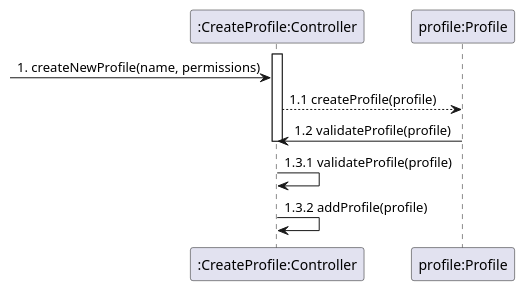
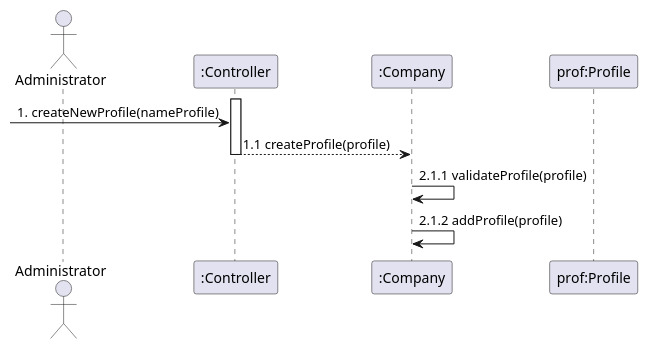
One commit to Loracline/project_switch_22-23 changed the diagram in docs/modelling_design/user_stories/us001/US001_Sequence_Diagram.puml. Above: the diagram before and after it, drawn with PlantUML.

Commit message:
US001: Design: Refinement of system sequence diagram for US001.

```diff
--- a/docs/modelling_design/user_stories/us001/US001_Sequence_Diagram.puml
+++ b/docs/modelling_design/user_stories/us001/US001_Sequence_Diagram.puml
@@ -1,55 +1,55 @@
 @startuml
 /'
 actor Administrator
 participant ":CreateProfileUI" as cpu
 participant ":CreateProfileController" as cpc
 participant ":System" as System
 participant "profile:Profile" as Profile
 
 activate Administrator
 Administrator -> cpu: 1. starts the definition of a new profile
 activate cpu
 cpu --> Administrator: 1.1 requests data(name, permissions)
 deactivate cpu
 Administrator -> cpu: 2. types requested data
 activate cpu
 cpu -> cpc: 2.1 createNewProfile(name, permissions)
 activate cpc
 cpc -> System: 2.1.1 profile=createNewProfile(name, permissions)
 activate System
 System --> Profile: 2.1.1.1 create(name, permissions)
 deactivate System
 cpc -> System: 2.1.2 validateProfile(profile)
 activate System
 deactivate cpc
 deactivate System
 cpu --> Administrator: 2.2 shows data and requests confirmation
 
 deactivate cpu
 Administrator -> cpu: 3. confirms
 activate cpu
 cpu -> cpc: 3.1 saveProfile()
 activate cpc
 cpc -> System: 3.1.1 saveProfile(profile)
 activate System
 System -> System: 3.1.1.1 validateProfile(profile)
 System -> System: 3.1.1.2 addProfile(profile)
 deactivate System
 deactivate cpc
 cpu --> Administrator: 3.2 informs success
 deactivate cpu
 '/
 
-
-participant ":CreateProfile:Controller" as Controller
-participant "profile:Profile" as Profile
+actor Administrator
+participant ":Controller" as Controller
+participant ":Company" as Company
+participant "prof:Profile" as Profile
 
 activate Controller
-[-> Controller: 1. createNewProfile(name, permissions)
-Controller --> Profile: 1.1 createProfile(profile)
-Profile -> Controller: 1.2 validateProfile(profile)
+[-> Controller: 1. createNewProfile(nameProfile)
+Controller --> Company: 1.1 createProfile(profile)
 deactivate Controller
-Controller -> Controller: 1.3.1 validateProfile(profile)
-Controller -> Controller: 1.3.2 addProfile(profile)
+Company -> Company: 2.1.1 validateProfile(profile)
+Company -> Company: 2.1.2 addProfile(profile)
 
 @enduml
```
